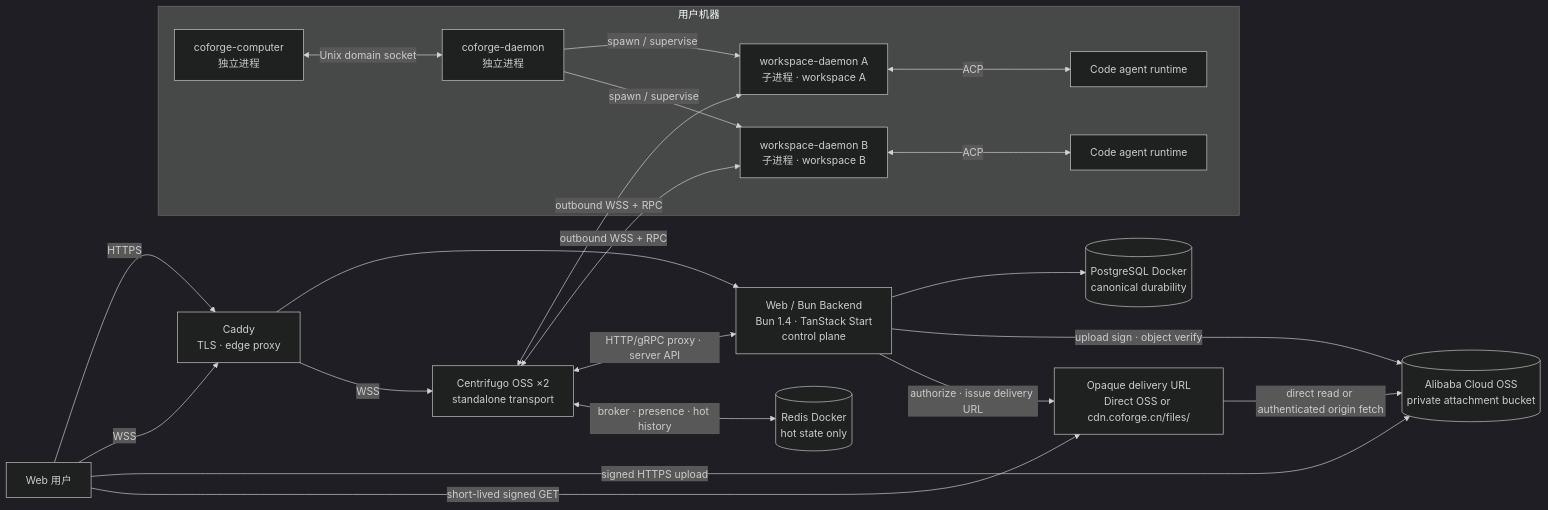
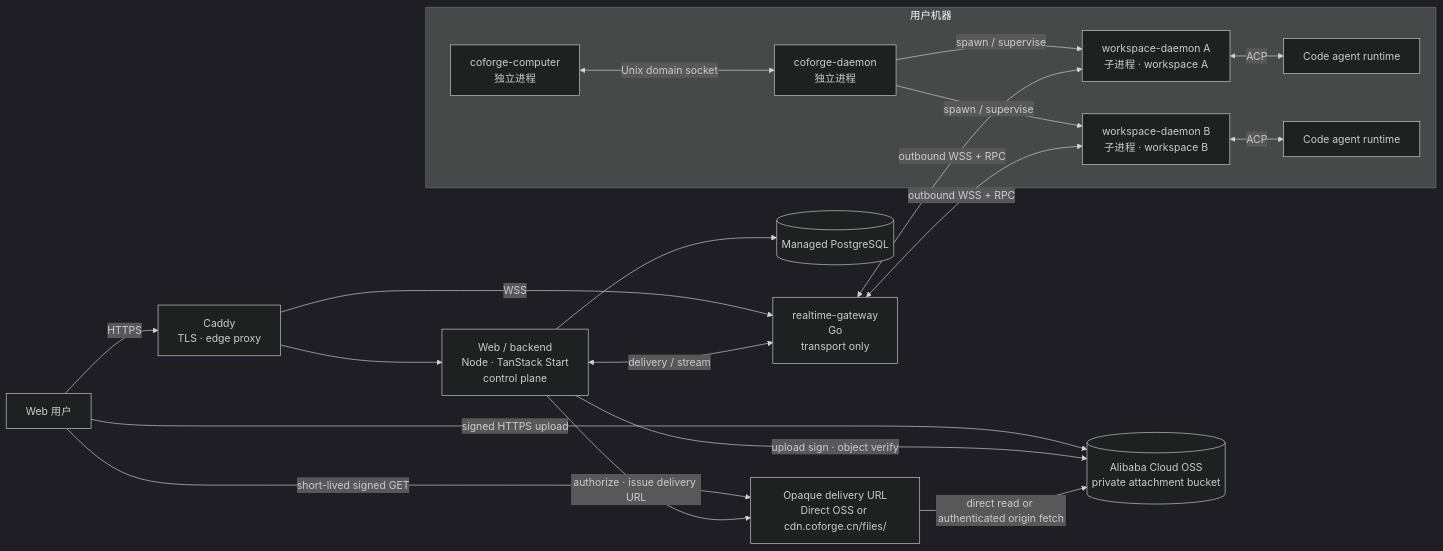
Before and after one commit to LRM-Teams/coforge: the diagram in docs/architecture.md, drawn with Mermaid (dark theme). The commit also changed other lines of this file and 20 other files, not shown here.

````diff
--- a/docs/architecture.md
+++ b/docs/architecture.md
@@ -25,33 +25,31 @@
 ```mermaid
 flowchart LR
     User[Web 用户] -->|HTTPS| Caddy[Caddy<br/>TLS · edge proxy]
-    User -->|WSS| Caddy
     User -->|signed HTTPS upload| OSS[(Alibaba Cloud OSS<br/>private attachment bucket)]
     User -->|short-lived signed GET| Delivery[Opaque delivery URL<br/>Direct OSS or cdn.coforge.cn/files/]
-    Caddy --> Web[Web / Bun Backend<br/>Bun 1.4 · TanStack Start<br/>control plane]
-    Caddy -->|WSS| Realtime[Centrifugo OSS ×2<br/>standalone transport]
-    Web --> DB[(PostgreSQL Docker<br/>canonical durability)]
-    Realtime <-->|HTTP/gRPC proxy · server API| Web
-    Realtime <-->|broker · presence · hot history| Redis[(Redis Docker<br/>hot state only)]
+    Caddy --> Web[Web / backend<br/>Node · TanStack Start<br/>control plane]
+    Caddy -->|WSS| Gateway[realtime-gateway<br/>Go<br/>transport only]
+    Web --> DB[(Managed PostgreSQL)]
     Web -->|upload sign · object verify| OSS
     Web -->|authorize · issue delivery URL| Delivery
     Delivery -->|direct read or authenticated origin fetch| OSS
+    Web <-->|delivery / stream| Gateway
 
     subgraph Host[用户机器]
         Computer[coforge-computer<br/>独立进程]
         Daemon[coforge-daemon<br/>独立进程]
         WD1[workspace-daemon A<br/>子进程 · workspace A]
         WD2[workspace-daemon B<br/>子进程 · workspace B]
         Agent1[Code agent runtime]
         Agent2[Code agent runtime]
 
         Computer <-->|Unix domain socket| Daemon
         Daemon -->|spawn / supervise| WD1
         Daemon -->|spawn / supervise| WD2
         WD1 <-->|ACP| Agent1
         WD2 <-->|ACP| Agent2
     end
 
-    Realtime <-->|outbound WSS + RPC| WD1
-    Realtime <-->|outbound WSS + RPC| WD2
+    Gateway <-->|outbound WSS + RPC| WD1
+    Gateway <-->|outbound WSS + RPC| WD2
 ```
````
